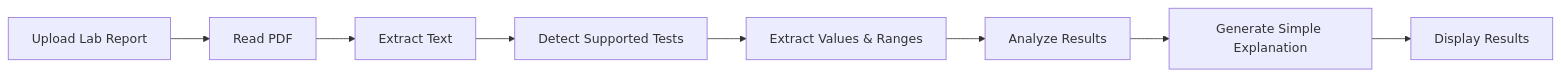
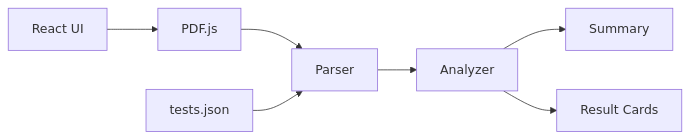
One commit to princekumar-git10/MedReport changed the second of 3 diagrams in README.md. Above: the diagram before and after it, drawn with Mermaid. The commit also changed other lines of this file, not shown here.

First line of the commit message:
Rename project to 'MedReport' and update README

````diff
--- a/README.md
+++ b/README.md
@@ -83,10 +80,9 @@
 ```mermaid
 flowchart LR
-    A[Upload Lab Report] --> B[Read PDF]
-    B --> C[Extract Text]
-    C --> D[Detect Supported Tests]
-    D --> E[Extract Values & Ranges]
-    E --> F[Analyze Results]
-    F --> G[Generate Simple Explanation]
-    G --> H[Display Results]
+    A["React UI"] --> B["PDF.js"]
+    B --> C["Parser"]
+    D["tests.json"] --> C
+    C --> E["Analyzer"]
+    E --> F["Summary"]
+    E --> G["Result Cards"]
 ```
````
